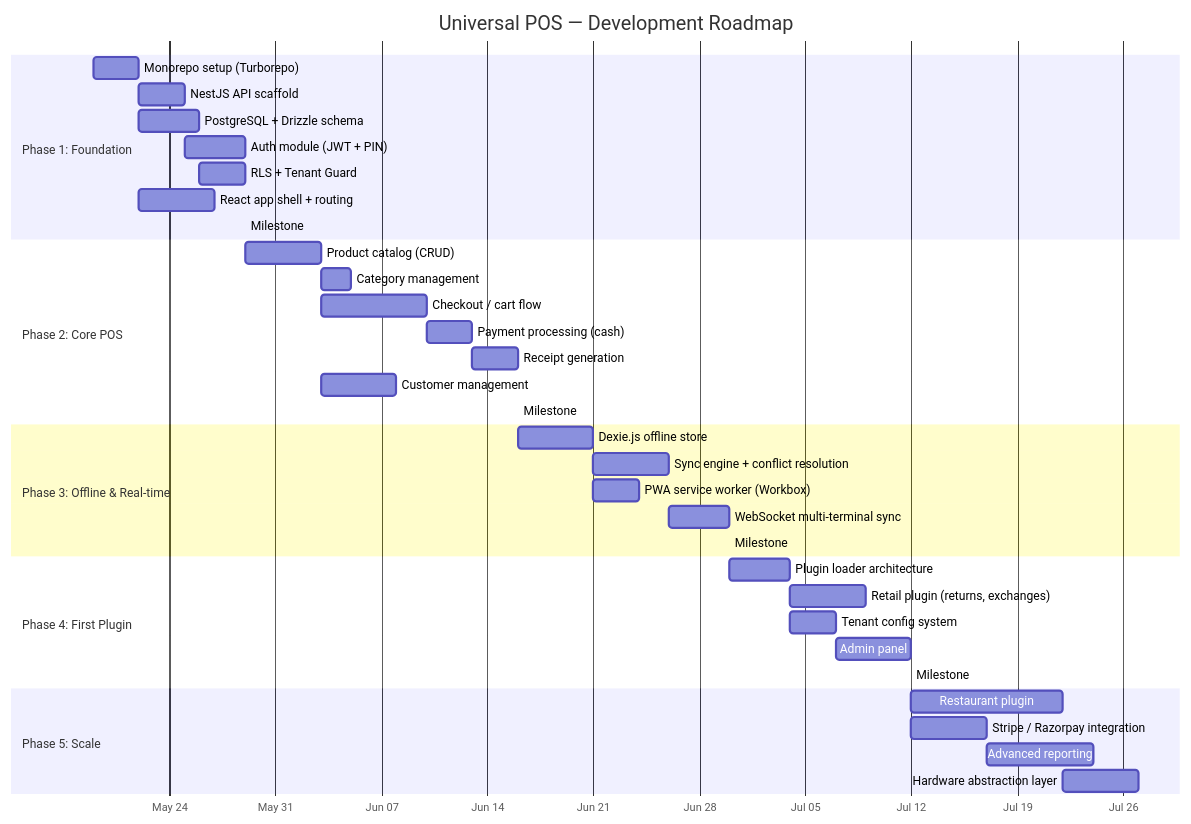
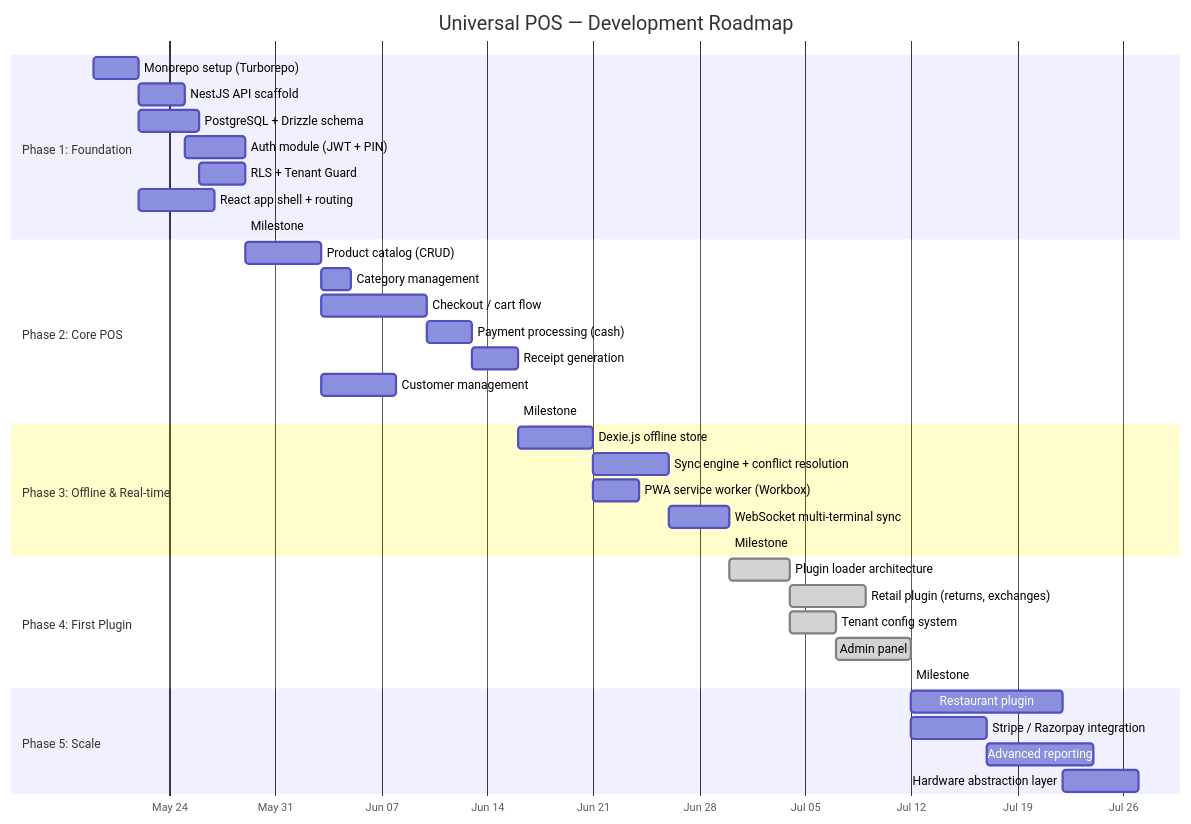
One commit to asif7774/Universal-POS changed the diagram in docs/universal_pos_project_hub.md. Above: the diagram before and after it, drawn with Mermaid. The commit also changed other lines of this file and 5 other files, not shown here.

````diff
--- a/docs/universal_pos_project_hub.md
+++ b/docs/universal_pos_project_hub.md
@@ -282,44 +282,44 @@
 ```mermaid
 gantt
     title Universal POS — Development Roadmap
     dateFormat  YYYY-MM-DD
     axisFormat  %b %d
 
     section Phase 1: Foundation
     Monorepo setup (Turborepo)           :p1a, 2026-05-19, 3d
     NestJS API scaffold                  :p1b, after p1a, 3d
     PostgreSQL + Drizzle schema          :p1c, after p1a, 4d
     Auth module (JWT + PIN)              :p1d, after p1b, 4d
     RLS + Tenant Guard                   :p1e, after p1c, 3d
     React app shell + routing            :p1f, after p1a, 5d
     Milestone: Foundation Ready          :milestone, after p1e, 0d
 
     section Phase 2: Core POS
     Product catalog (CRUD)               :p2a, after p1e, 5d
     Category management                  :p2b, after p2a, 2d
     Checkout / cart flow                  :p2c, after p2a, 7d
     Payment processing (cash)            :p2d, after p2c, 3d
     Receipt generation                   :p2e, after p2d, 3d
     Customer management                  :p2f, after p2a, 5d
     Milestone: Core POS Working          :milestone, after p2e, 0d
 
     section Phase 3: Offline & Real-time
     Dexie.js offline store               :p3a, after p2e, 5d
     Sync engine + conflict resolution    :p3b, after p3a, 5d
     PWA service worker (Workbox)         :p3c, after p3a, 3d
     WebSocket multi-terminal sync        :p3d, after p3b, 4d
     Milestone: Offline-First Complete    :milestone, after p3d, 0d
 
     section Phase 4: First Plugin
-    Plugin loader architecture           :p4a, after p3d, 4d
-    Retail plugin (returns, exchanges)   :p4b, after p4a, 5d
-    Tenant config system                 :p4c, after p4a, 3d
-    Admin panel                          :p4d, after p4c, 5d
+    Plugin loader architecture           :done, p4a, after p3d, 4d
+    Retail plugin (returns, exchanges)   :done, p4b, after p4a, 5d
+    Tenant config system                 :done, p4c, after p4a, 3d
+    Admin panel                          :done, p4d, after p4c, 5d
     Milestone: MVP Ready                 :milestone, after p4d, 0d
 
     section Phase 5: Scale
     Restaurant plugin                    :p5a, after p4d, 10d
     Stripe / Razorpay integration        :p5b, after p4d, 5d
     Advanced reporting                   :p5c, after p5b, 7d
     Hardware abstraction layer           :p5d, after p5a, 5d
 ```
````
